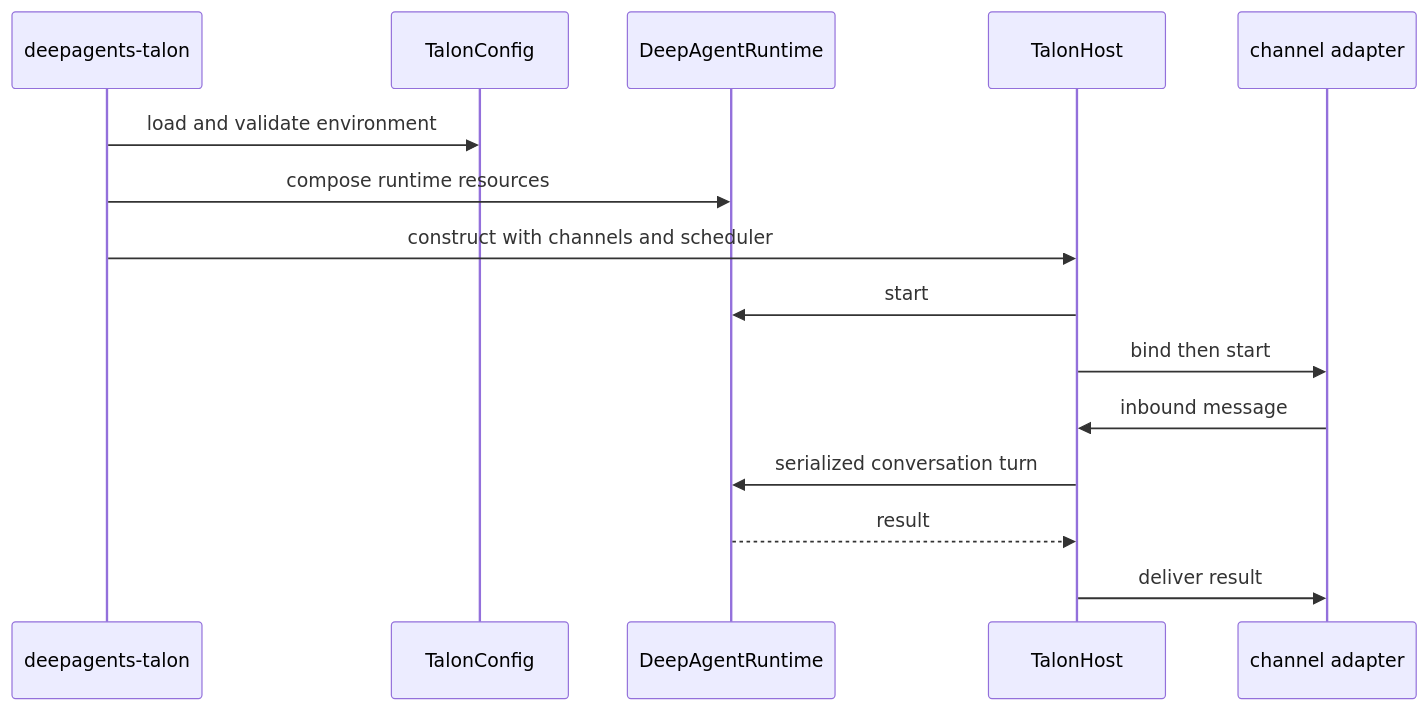
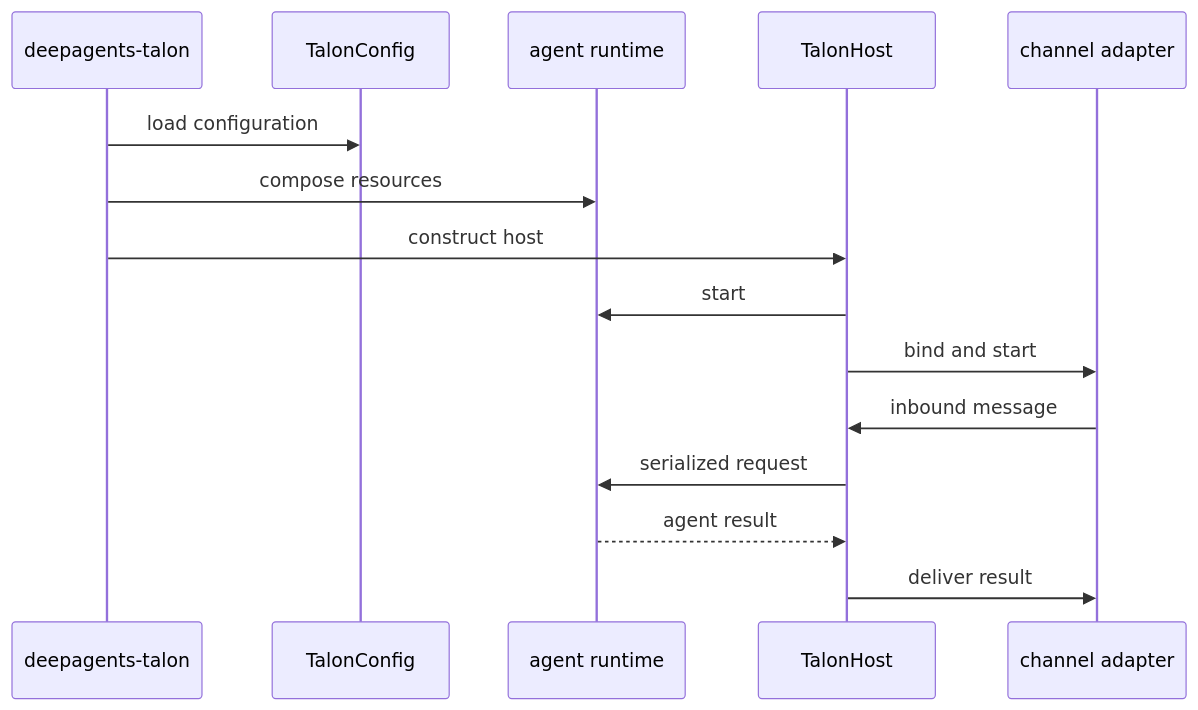
Before and after one commit to langchain-ai/deepagents: the second of 2 diagrams in openwiki/architecture/source-map.md, drawn with Mermaid. The commit also changed other lines of this file and 39 other files, not shown here.

````diff
--- a/openwiki/architecture/source-map.md
+++ b/openwiki/architecture/source-map.md
@@ -167,17 +138,17 @@
 ```mermaid
 sequenceDiagram
   participant CLI as deepagents-talon
   participant Config as TalonConfig
-  participant Runtime as DeepAgentRuntime
+  participant Runtime as agent runtime
   participant Host as TalonHost
   participant Channel as channel adapter
-  CLI->>Config: load and validate environment
-  CLI->>Runtime: compose runtime resources
-  CLI->>Host: construct with channels and scheduler
+  CLI->>Config: load configuration
+  CLI->>Runtime: compose resources
+  CLI->>Host: construct host
   Host->>Runtime: start
-  Host->>Channel: bind then start
+  Host->>Channel: bind and start
   Channel->>Host: inbound message
-  Host->>Runtime: serialized conversation turn
-  Runtime-->>Host: result
+  Host->>Runtime: serialized request
+  Runtime-->>Host: agent result
   Host->>Channel: deliver result
 ```
````
